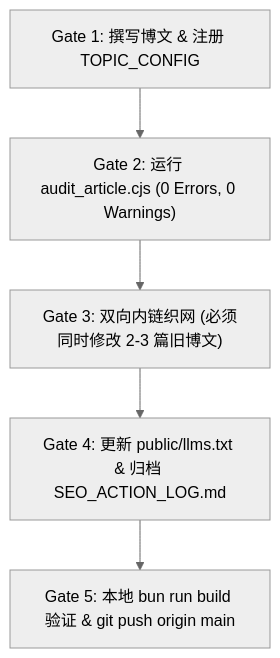
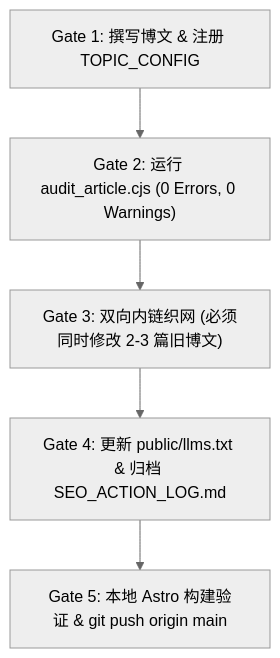
The diagram in .agent/skills/apivale-blog-publishing/SKILL.md (bshx2024/apivel_blog), drawn with Mermaid (neutral theme) before and after one commit. The commit also changed other lines of this file and 1 other file, not shown here.

````diff
--- a/.agent/skills/apivale-blog-publishing/SKILL.md
+++ b/.agent/skills/apivale-blog-publishing/SKILL.md
@@ -198,7 +205,7 @@
 ```mermaid
 flowchart TD
     G1["Gate 1: 撰写博文 & 注册 TOPIC_CONFIG"] --> G2["Gate 2: 运行 audit_article.cjs (0 Errors, 0 Warnings)"]
     G2 --> G3["Gate 3: 双向内链织网 (必须同时修改 2-3 篇旧博文)"]
     G3 --> G4["Gate 4: 更新 public/llms.txt & 归档 SEO_ACTION_LOG.md"]
-    G4 --> G5["Gate 5: 本地 bun run build 验证 & git push origin main"]
+    G4 --> G5["Gate 5: 本地 Astro 构建验证 & git push origin main"]
 ```
````
